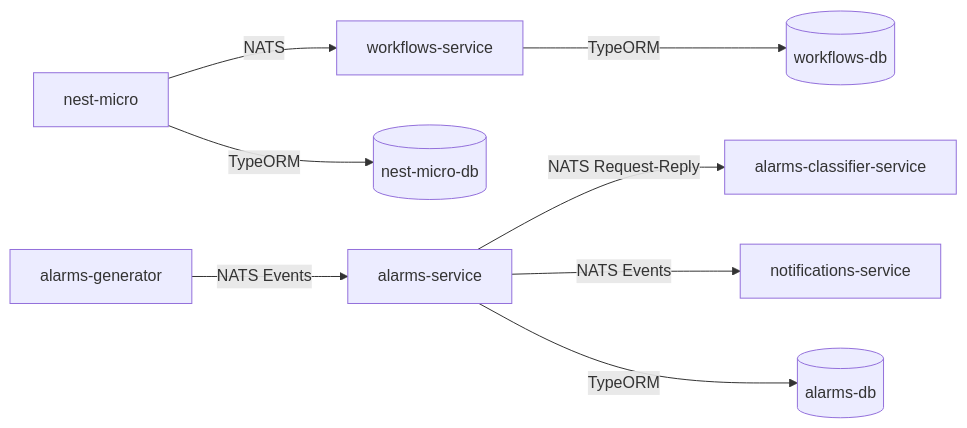
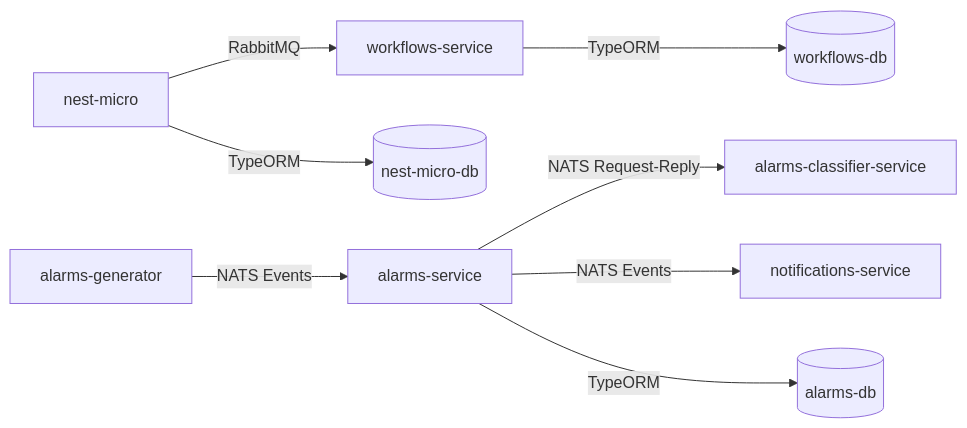
One commit to lvb2104/nest-microservices changed the diagram in README.md. Above: the diagram before and after it, drawn with Mermaid. The commit also changed other lines of this file and 6 other files, not shown here.

Commit message:
feat: migrate from NATS to RabbitMQ for messaging in workflows and alarms services; update dependencies

````diff
--- a/README.md
+++ b/README.md
@@ -24,10 +24,10 @@
 ```mermaid
 graph LR
-    A[nest-micro] -->|NATS| B[workflows-service]
+    A[nest-micro] -->|RabbitMQ| B[workflows-service]
     C[alarms-generator] -->|NATS Events| D[alarms-service]
     D -->|NATS Request-Reply| E[alarms-classifier-service]
     D -->|NATS Events| F[notifications-service]
     A -->|TypeORM| G[(nest-micro-db)]
     B -->|TypeORM| H[(workflows-db)]
     D -->|TypeORM| I[(alarms-db)]
 ```
````
